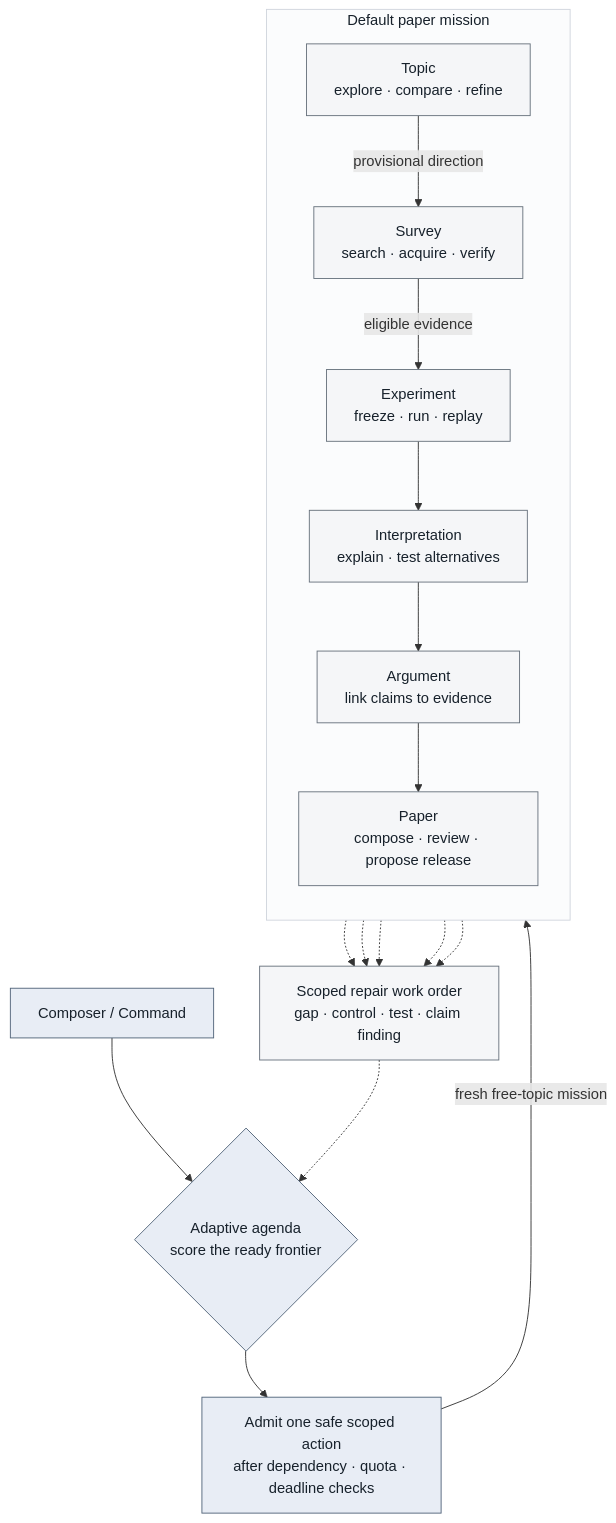
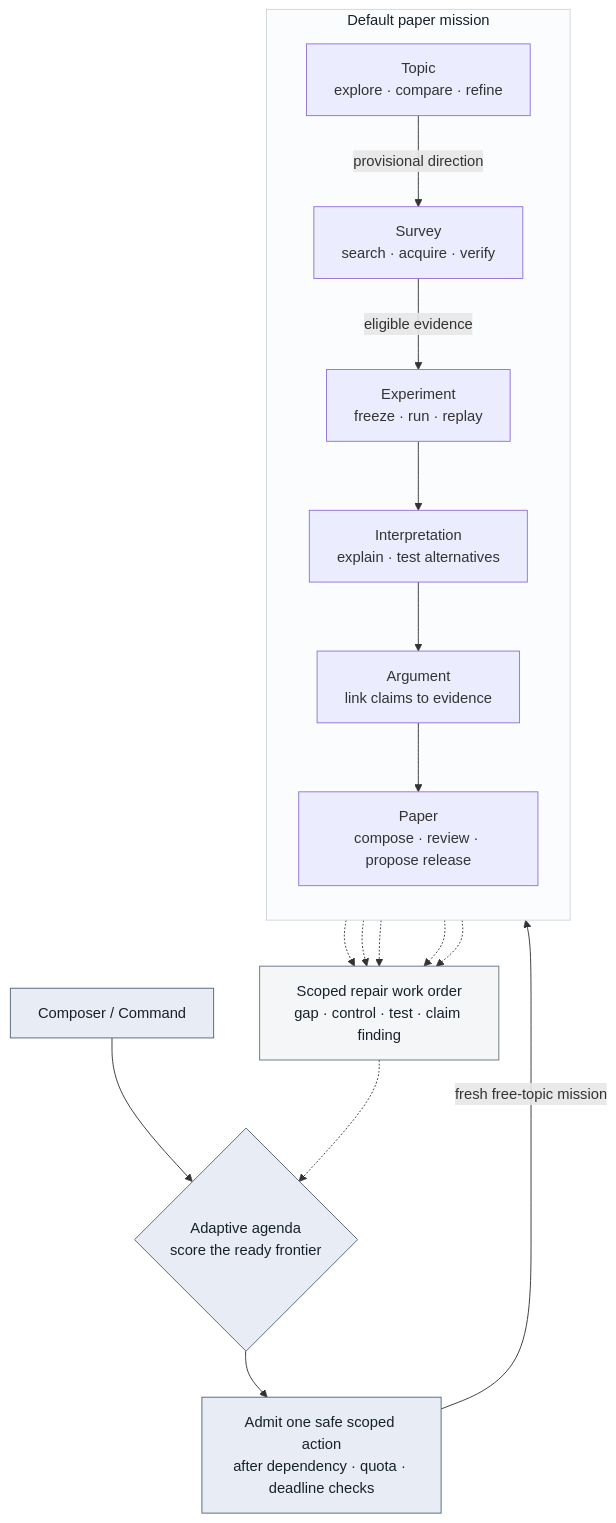
Before and after one commit to codeshark94/Sci-saurus: the second of 2 diagrams in README.md, drawn with Mermaid. The commit also changed other lines of this file and 20 other files, not shown here.

````diff
--- a/README.md
+++ b/README.md
@@ -93,34 +101,33 @@
 ```mermaid
 flowchart TB
     C[Composer / Command] --> F{Adaptive agenda<br/>score the ready frontier}
     F --> A[Admit one safe scoped action<br/>after dependency · quota · deadline checks]
 
     subgraph G[Default paper mission]
         direction TB
         T[Topic<br/>explore · compare · refine]
         S[Survey<br/>search · acquire · verify]
         M[Experiment<br/>freeze · run · replay]
         I[Interpretation<br/>explain · test alternatives]
         R[Argument<br/>link claims to evidence]
         P[Paper<br/>compose · review · propose release]
         T -->|provisional direction| S
         S -->|eligible evidence| M
         M --> I --> R --> P
     end
 
     A -->|fresh free-topic mission| T
     S -.-> Q
     M -.-> Q
     I -.-> Q
     R -.-> Q
     P -.-> Q
     Q[Scoped repair work order<br/>gap · control · test · claim finding] -.-> F
 
     classDef control fill:#e8edf5,stroke:#52657a,color:#17212b
-    classDef stage fill:#f5f6f8,stroke:#68727d,color:#17212b
     classDef feedback fill:#f5f6f8,stroke:#68727d,color:#17212b
     class C,F,A control
     class T,S,M,I,R,P stage
     class Q feedback
     style G fill:#fbfcfd,stroke:#d0d5dd,color:#17212b
 ```
````
